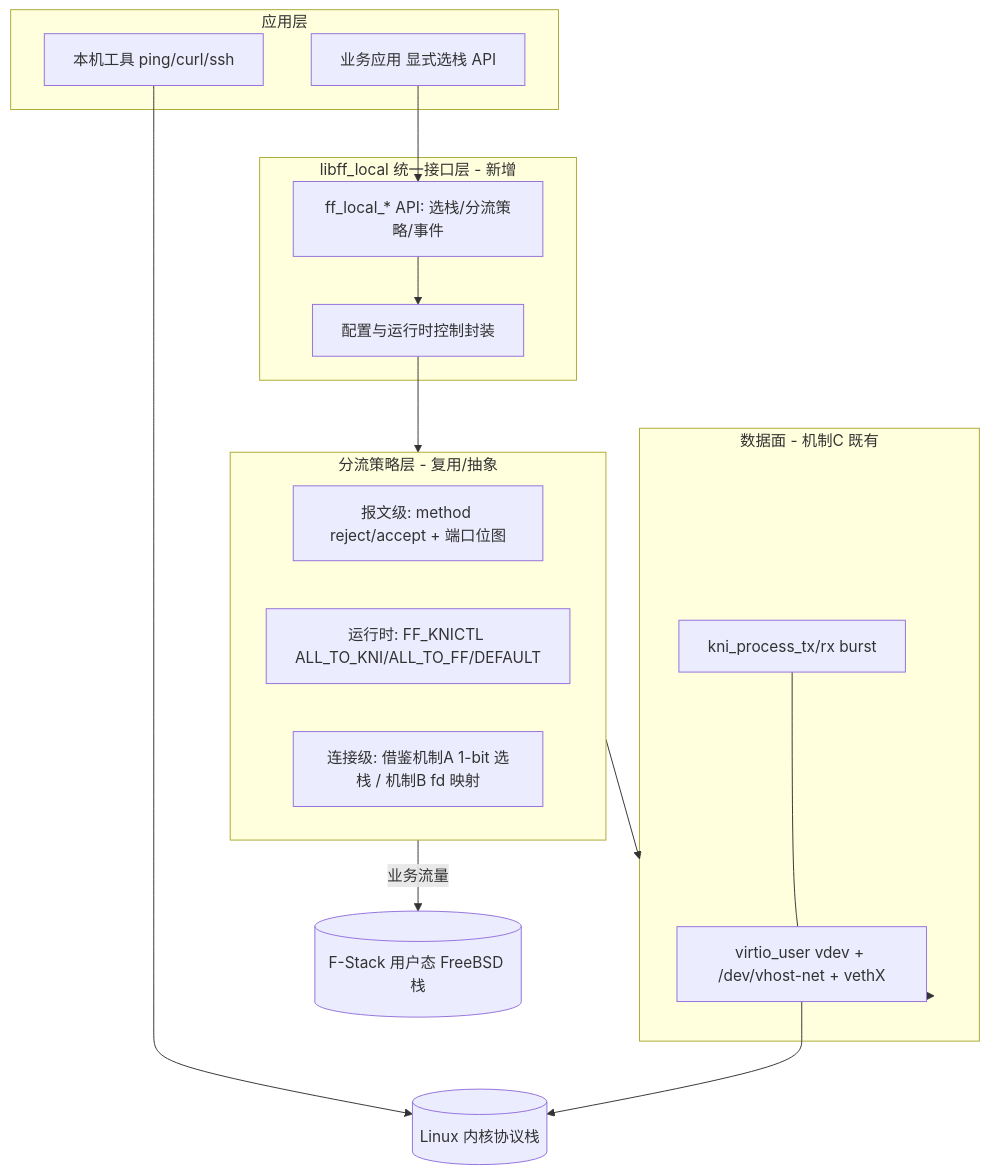
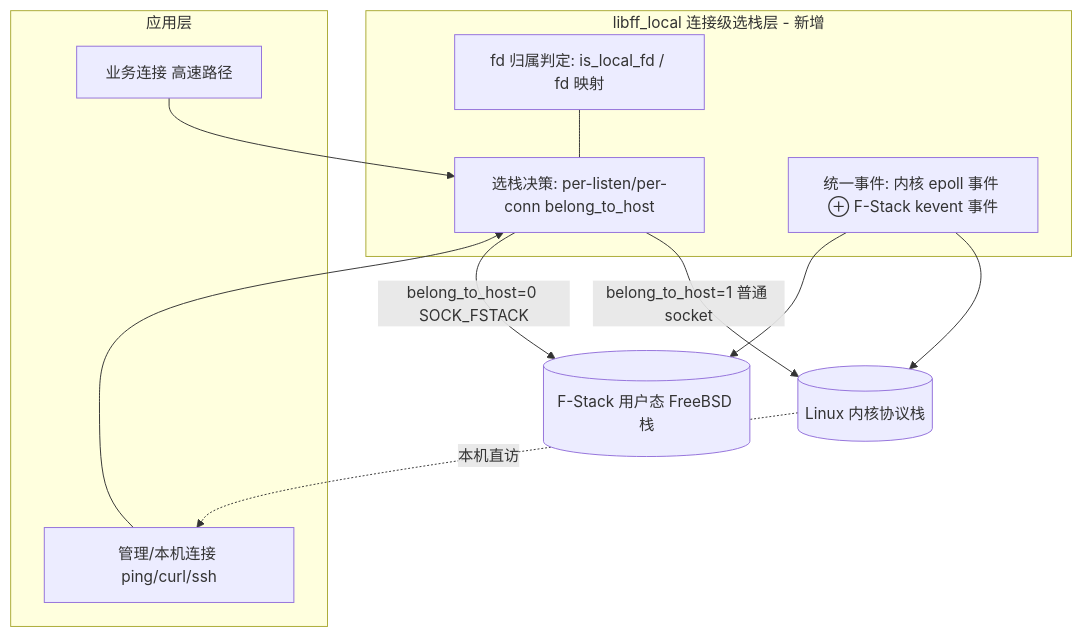
The diagram in docs/kernel_event_support_spec/zh_cn/04-architecture-design.md (F-Stack/f-stack), drawn with Mermaid before and after one commit. The commit also changed other lines of this file and 8 other files, not shown here.

Commit message:
docs: rework kernel_event_support spec (zh_cn) to connection-level stack selection (drop KNI)

````diff
--- a/docs/kernel_event_support_spec/zh_cn/04-architecture-design.md
+++ b/docs/kernel_event_support_spec/zh_cn/04-architecture-design.md
@@ -21,30 +23,23 @@
 ```mermaid
 graph TD
     subgraph APP[应用层]
-      U1[本机工具 ping/curl/ssh] 
-      U2[业务应用 显式选栈 API]
+      A1[业务连接 高速路径]
+      A2[管理/本机连接 ping/curl/ssh]
     end
-    subgraph LIB[libff_local 统一接口层 - 新增]
-      API[ff_local_* API: 选栈/分流策略/事件]
-      CFG[配置与运行时控制封装]
+    subgraph LIB[libff_local 连接级选栈层 - 新增]
+      SEL[选栈决策: per-listen/per-conn belong_to_host]
+      OWN[fd 归属判定: is_local_fd / fd 映射]
+      EV[统一事件: 内核 epoll 事件 ⊕ F-Stack kevent 事件]
     end
-    subgraph POLICY[分流策略层 - 复用/抽象]
-      P1[报文级: method reject/accept + 端口位图]
-      P2[运行时: FF_KNICTL ALL_TO_KNI/ALL_TO_FF/DEFAULT]
-      P3[连接级: 借鉴机制A 1-bit 选栈 / 机制B fd 映射]
-    end
-    subgraph DATA[数据面 - 机制C 既有]
-      K1[virtio_user vdev + /dev/vhost-net + vethX]
-      K2[kni_process_tx/rx burst]
-    end
-    KERNEL[(Linux 内核协议栈)]
-    FF[(F-Stack 用户态 FreeBSD 栈)]
+    K[(Linux 内核协议栈)]
+    F[(F-Stack 用户态 FreeBSD 栈)]
 
-    U1 --> KERNEL
-    U2 --> API
-    API --> CFG --> POLICY
-    POLICY --> DATA
-    DATA --> K1 --> KERNEL
-    POLICY -->|业务流量| FF
-    K2 --- K1
+    A1 --> SEL
+    A2 --> SEL
+    SEL -->|belong_to_host=1 普通 socket| K
+    SEL -->|belong_to_host=0 SOCK_FSTACK| F
+    OWN --- SEL
+    EV --> K
+    EV --> F
+    K -.本机直访.-> A2
 ```
````
